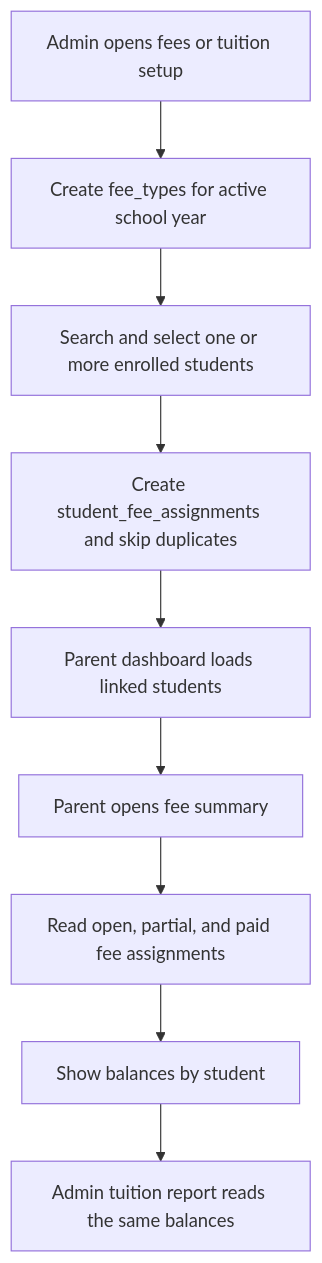
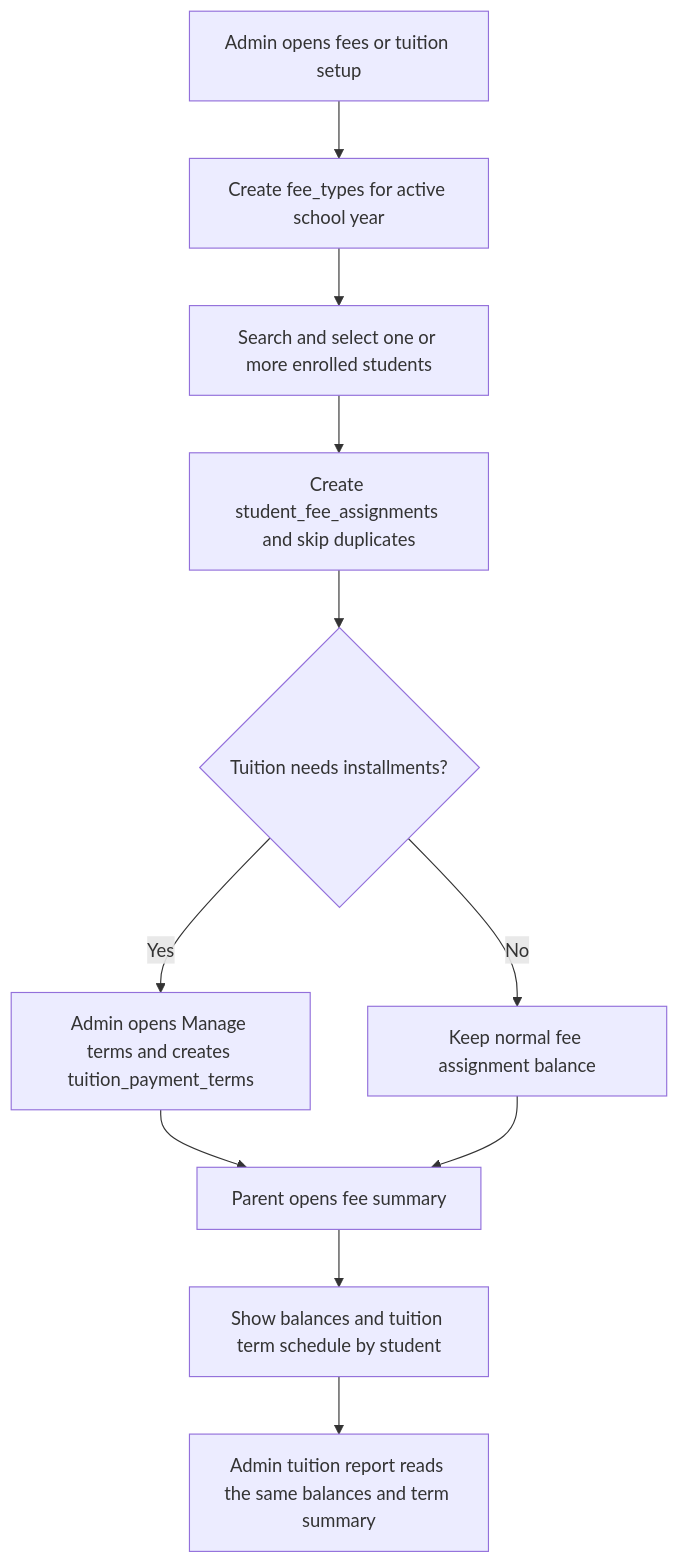
One commit to Xeyn19/xmetapay changed diagram 12 of 17 in docs/PROJECT_FLOWCHARTS.md. Above: the diagram before and after it, drawn with Mermaid. The commit also changed other lines of this file and 19 other files, not shown here.

````diff
--- a/docs/PROJECT_FLOWCHARTS.md
+++ b/docs/PROJECT_FLOWCHARTS.md
@@ -386,11 +386,13 @@
 ```mermaid
 flowchart TD
   A["Admin opens fees or tuition setup"] --> B["Create fee_types for active school year"]
   B --> C["Search and select one or more enrolled students"]
   C --> D["Create student_fee_assignments and skip duplicates"]
-  D --> E["Parent dashboard loads linked students"]
-  E --> F["Parent opens fee summary"]
-  F --> G["Read open, partial, and paid fee assignments"]
-  G --> H["Show balances by student"]
-  H --> I["Admin tuition report reads the same balances"]
+  D --> E{"Tuition needs installments?"}
+  E -->|Yes| F["Admin opens Manage terms and creates tuition_payment_terms"]
+  E -->|No| G["Keep normal fee assignment balance"]
+  F --> H["Parent opens fee summary"]
+  G --> H
+  H --> I["Show balances and tuition term schedule by student"]
+  I --> J["Admin tuition report reads the same balances and term summary"]
 ```
````
